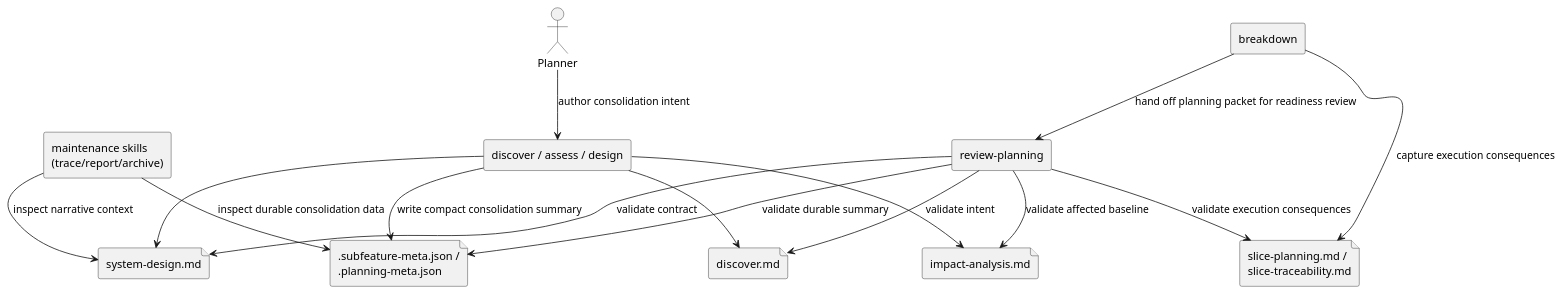
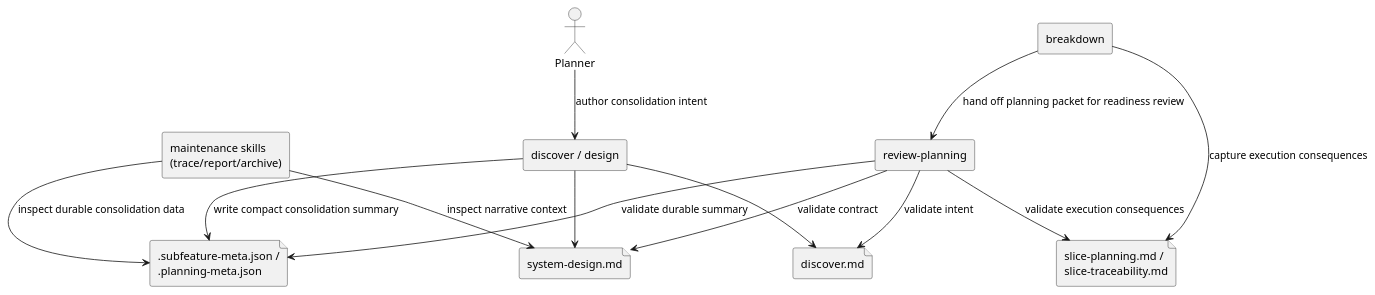
One commit to sirius-cc-wu/sirius-skills changed the diagram in docs/features/planning-workflow/subfeatures/feature-consolidation-and-reduction/system-design.md. Above: the diagram before and after it, drawn with PlantUML. The commit also changed other lines of this file and 58 other files, not shown here.

First line of the commit message:
planning: remove impact analysis workflow

````diff
--- a/docs/features/planning-workflow/subfeatures/feature-consolidation-and-reduction/system-design.md
+++ b/docs/features/planning-workflow/subfeatures/feature-consolidation-and-reduction/system-design.md
@@ -149,30 +148,27 @@
 ```plantuml
 @startuml
 actor Planner
-rectangle "discover / assess / design" as Authoring
+rectangle "discover / design" as Authoring
 rectangle "breakdown" as Breakdown
 rectangle "review-planning" as Review
 rectangle "maintenance skills\n(trace/report/archive)" as Maintenance
 
 file "discover.md" as DiscoverDoc
-file "impact-analysis.md" as ImpactDoc
 file "system-design.md" as DesignDoc
 file ".subfeature-meta.json /\n.planning-meta.json" as Metadata
 file "slice-planning.md /\nslice-traceability.md" as BreakdownDocs
 
 Planner --> Authoring : author consolidation intent
 Authoring --> DiscoverDoc
-Authoring --> ImpactDoc
 Authoring --> DesignDoc
 Authoring --> Metadata : write compact consolidation summary
 Breakdown --> BreakdownDocs : capture execution consequences
 Review --> DiscoverDoc : validate intent
-Review --> ImpactDoc : validate affected baseline
 Review --> DesignDoc : validate contract
 Review --> Metadata : validate durable summary
 Review --> BreakdownDocs : validate execution consequences
 Breakdown --> Review : hand off planning packet for readiness review
 Maintenance --> Metadata : inspect durable consolidation data
 Maintenance --> DesignDoc : inspect narrative context
 @enduml
 ```
````
